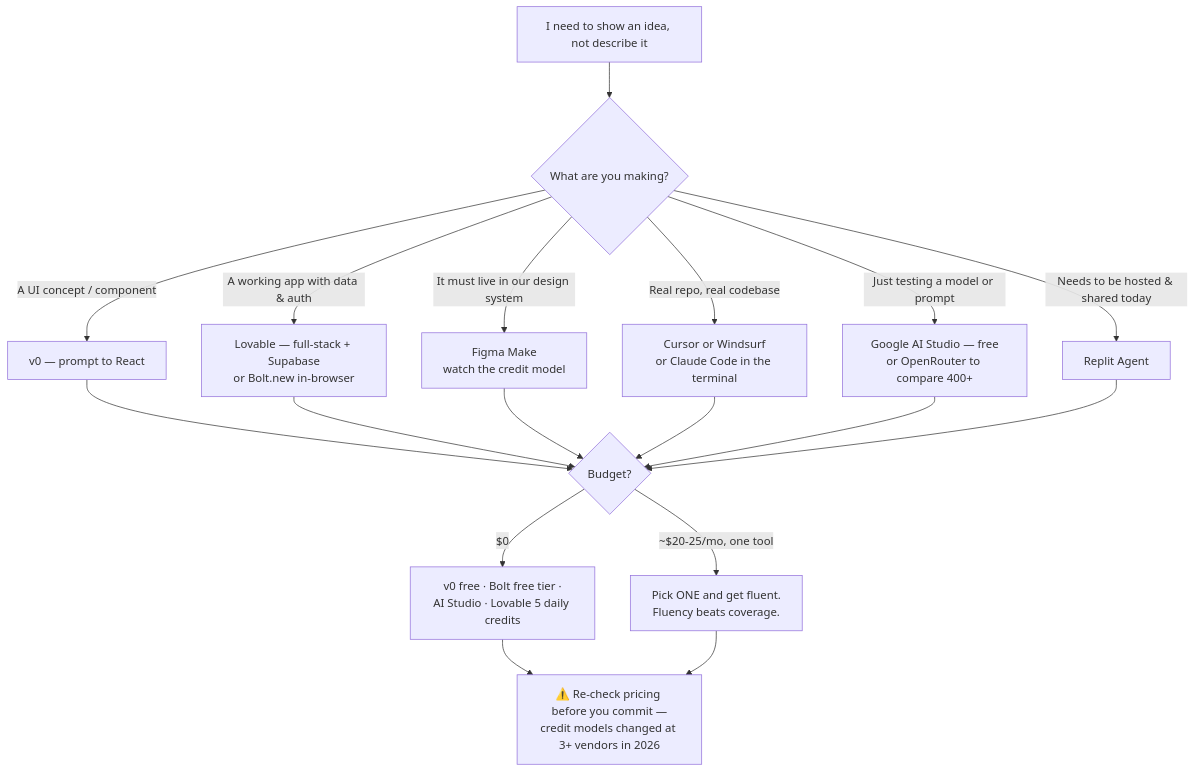
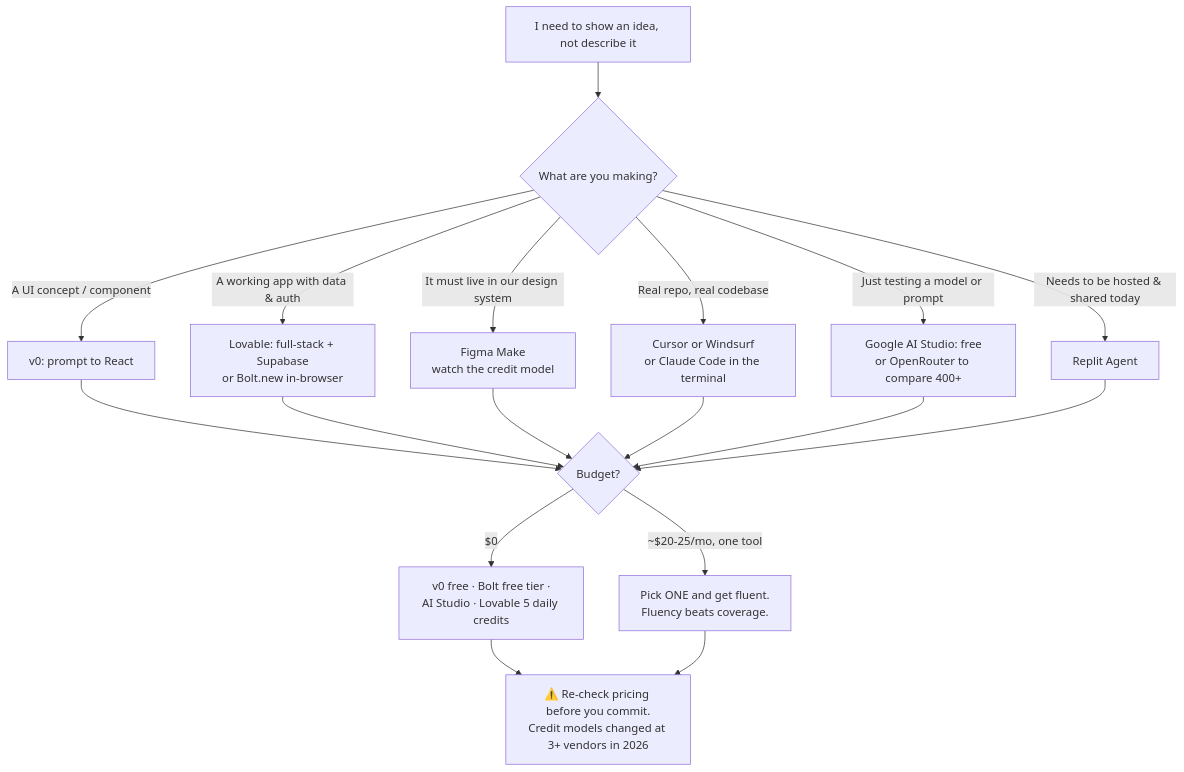
The third of 3 diagrams in 09-resources/tools.md (sugirdadinakar/AI-for-Product-Managers), drawn with Mermaid before and after one commit. The commit also changed other lines of this file and 59 other files, not shown here.

````diff
--- a/09-resources/tools.md
+++ b/09-resources/tools.md
@@ -234,14 +234,14 @@
 ```mermaid
 flowchart TD
     A["I need to show an idea, not describe it"] --> B{"What are you making?"}
-    B -->|"A UI concept / component"| C["v0 — prompt to React"]
-    B -->|"A working app with data & auth"| D["Lovable — full-stack + Supabase<br/>or Bolt.new in-browser"]
+    B -->|"A UI concept / component"| C["v0: prompt to React"]
+    B -->|"A working app with data & auth"| D["Lovable: full-stack + Supabase<br/>or Bolt.new in-browser"]
     B -->|"It must live in our design system"| E["Figma Make<br/>watch the credit model"]
     B -->|"Real repo, real codebase"| F["Cursor or Windsurf<br/>or Claude Code in the terminal"]
-    B -->|"Just testing a model or prompt"| G["Google AI Studio — free<br/>or OpenRouter to compare 400+"]
+    B -->|"Just testing a model or prompt"| G["Google AI Studio: free<br/>or OpenRouter to compare 400+"]
     B -->|"Needs to be hosted & shared today"| H["Replit Agent"]
     C & D & E & F & G & H --> I{"Budget?"}
     I -->|"$0"| J["v0 free · Bolt free tier ·<br/>AI Studio · Lovable 5 daily credits"]
     I -->|"~$20-25/mo, one tool"| K["Pick ONE and get fluent.<br/>Fluency beats coverage."]
-    J & K --> L["⚠️ Re-check pricing before you commit —<br/>credit models changed at 3+ vendors in 2026"]
+    J & K --> L["⚠️ Re-check pricing before you commit.<br/>Credit models changed at 3+ vendors in 2026"]
 ```
````
